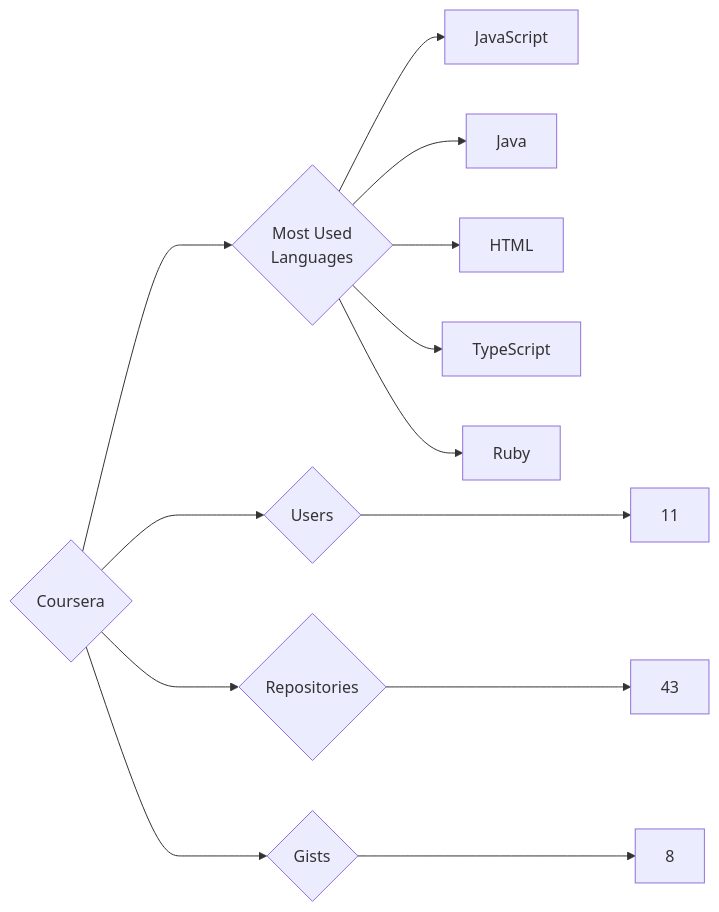
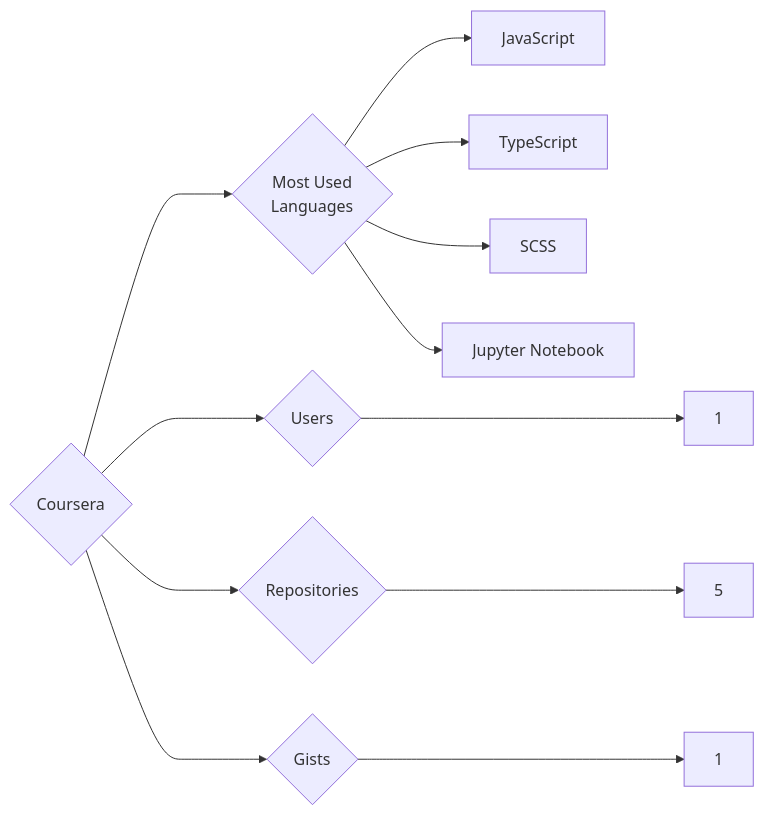
One commit to trickest/insiders changed the diagram in targets/Coursera/README.md. Above: the diagram before and after it, drawn with Mermaid. The commit also changed 640 other files, not shown here.

````diff
--- a/targets/Coursera/README.md
+++ b/targets/Coursera/README.md
@@ -3,13 +3,12 @@
 ```mermaid
 graph LR
 COMPANY_NAME{Coursera}
-COMPANY_NAME ---> U{Users} ---> UN[11]
-COMPANY_NAME ---> R{Repositories} ---> RN[43]
-COMPANY_NAME ---> G{Gists} ---> GN[8]
+COMPANY_NAME ---> U{Users} ---> UN[1]
+COMPANY_NAME ---> R{Repositories} ---> RN[5]
+COMPANY_NAME ---> G{Gists} ---> GN[1]
 COMPANY_NAME ---> ML{Most Used<br>Languages}
 ML --> JavaScript[JavaScript]
-ML --> Java[Java]
-ML --> HTML[HTML]
 ML --> TypeScript[TypeScript]
-ML --> Ruby[Ruby]
+ML --> SCSS[SCSS]
+ML --> Jupyter_Notebook[Jupyter Notebook]
 ```
````
